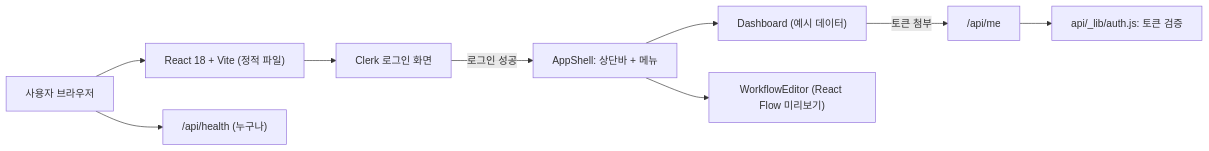
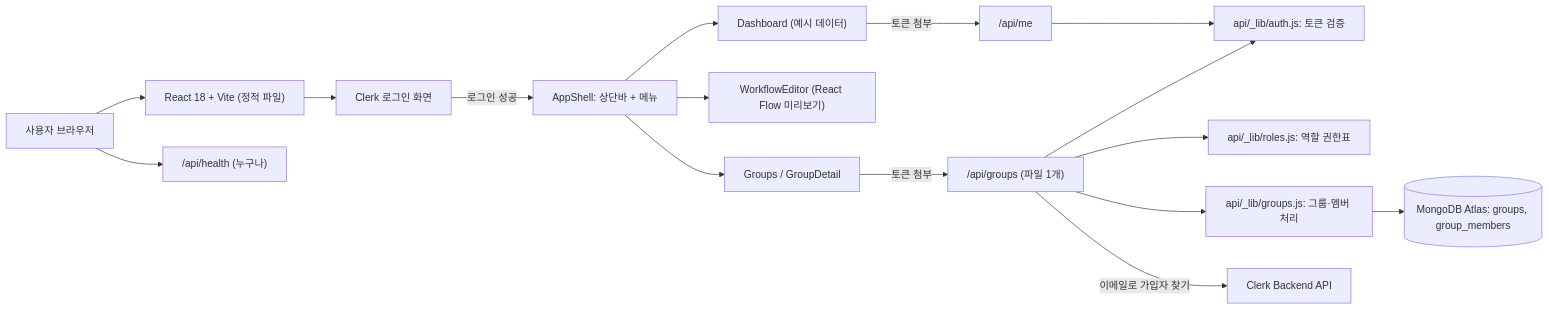
One commit to jeong-jihyun/flowbuilder changed the diagram in docs/ARCHITECTURE.md. Above: the diagram before and after it, drawn with Mermaid. The commit also changed other lines of this file and 22 other files, not shown here.

````diff
--- a/docs/ARCHITECTURE.md
+++ b/docs/ARCHITECTURE.md
@@ -8,11 +8,18 @@
 ```mermaid
 flowchart LR
     USER["사용자 브라우저"] --> FRONT["React 18 + Vite (정적 파일)"]
     FRONT --> CLERK["Clerk 로그인 화면"]
     CLERK -->|로그인 성공| SHELL["AppShell: 상단바 + 메뉴"]
     SHELL --> DASH["Dashboard (예시 데이터)"]
     SHELL --> EDITOR["WorkflowEditor (React Flow 미리보기)"]
     USER --> API["/api/health (누구나)"]
     DASH -->|토큰 첨부| ME["/api/me"]
     ME --> AUTH["api/_lib/auth.js: 토큰 검증"]
+    SHELL --> GROUPS["Groups / GroupDetail"]
+    GROUPS -->|토큰 첨부| GAPI["/api/groups (파일 1개)"]
+    GAPI --> AUTH
+    GAPI --> RBAC["api/_lib/roles.js: 역할 권한표"]
+    GAPI --> SVC["api/_lib/groups.js: 그룹·멤버 처리"]
+    SVC --> DB[("MongoDB Atlas: groups, group_members")]
+    GAPI -->|이메일로 가입자 찾기| CLERKAPI["Clerk Backend API"]
 ```
````
